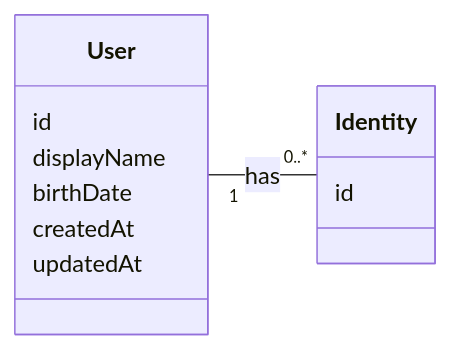
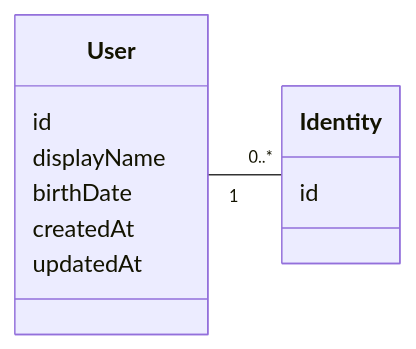
The first of 2 diagrams in README.md (qkitzero/user-service), drawn with Mermaid before and after one commit.

Commit message:
update: readme (#175)

````diff
--- a/README.md
+++ b/README.md
@@ -19,18 +19,18 @@
 ```mermaid
 classDiagram
     direction LR
 
     class User {
         id
         displayName
         birthDate
         createdAt
         updatedAt
     }
 
     class Identity {
         id
     }
 
-    User "1" -- "0..*" Identity : has
+    User "1" -- "0..*" Identity
 ```
````
